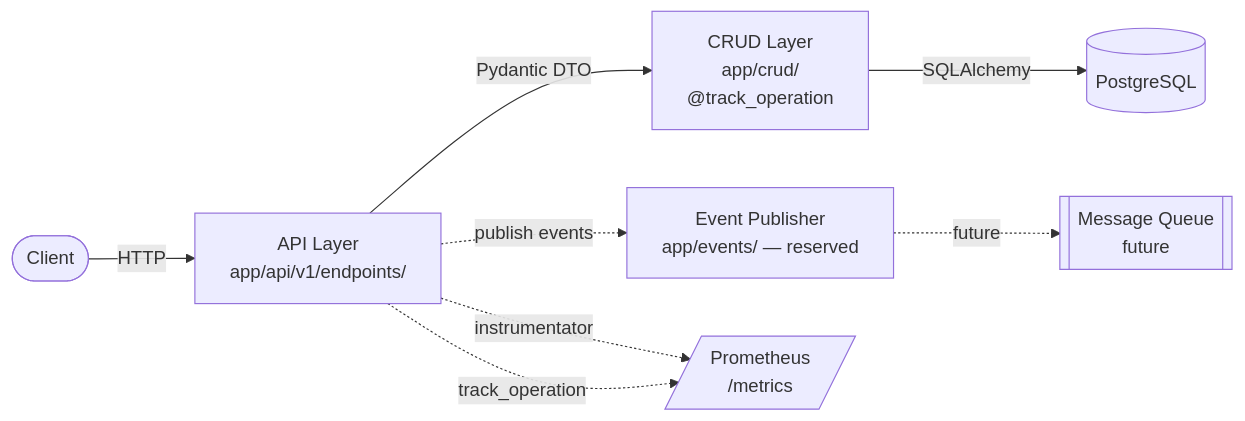
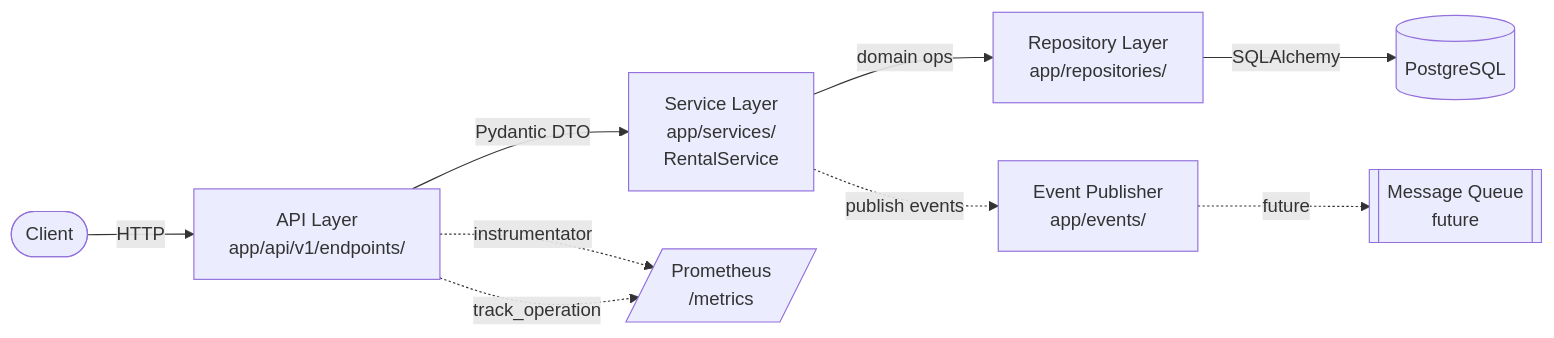
One commit to hillelGonen/DriveNow changed the diagram in README.md. Above: the diagram before and after it, drawn with Mermaid. The commit also changed other lines of this file and 15 other files, not shown here.

First line of the commit message:
Refactor/service repository pattern (#7)

````diff
--- a/README.md
+++ b/README.md
@@ -9,18 +9,20 @@
 ```mermaid
 flowchart LR
     Client([Client])
     API[API Layer<br/>app/api/v1/endpoints/]
-    CRUD[CRUD Layer<br/>app/crud/<br/>@track_operation]
+    Service[Service Layer<br/>app/services/<br/>RentalService]
+    Repo[Repository Layer<br/>app/repositories/]
     DB[(PostgreSQL)]
-    Events[Event Publisher<br/>app/events/ — reserved]
+    Events[Event Publisher<br/>app/events/]
     MQ[[Message Queue<br/>future]]
     Prom[/Prometheus<br/>/metrics/]
 
     Client -->|HTTP| API
-    API -->|Pydantic DTO| CRUD
-    CRUD -->|SQLAlchemy| DB
-    API -.->|publish events| Events
+    API -->|Pydantic DTO| Service
+    Service -->|domain ops| Repo
+    Repo -->|SQLAlchemy| DB
+    Service -.->|publish events| Events
     Events -.->|future| MQ
     API -. instrumentator .-> Prom
     API -. track_operation .-> Prom
 ```
````
